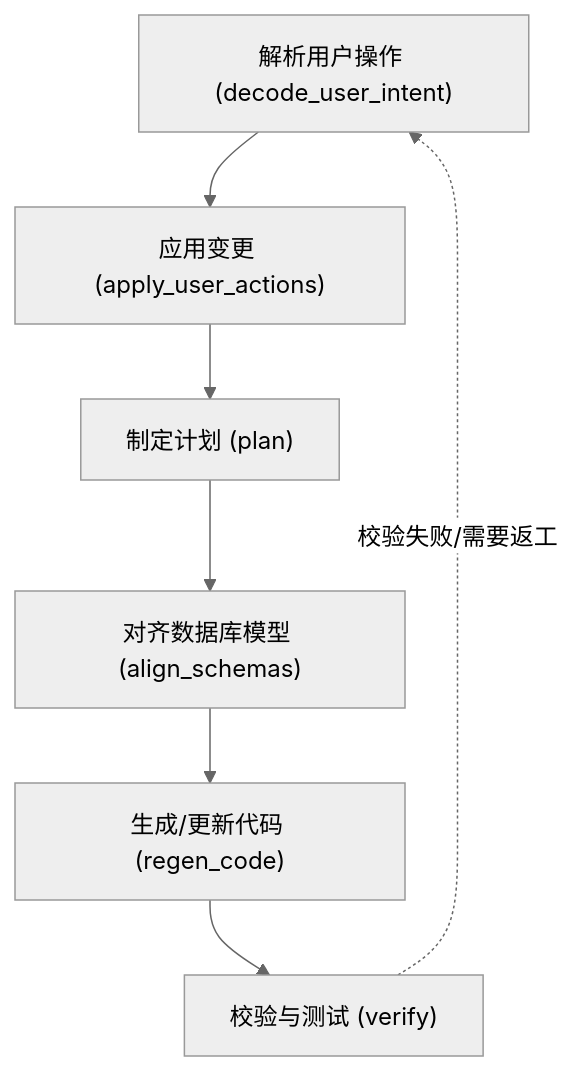
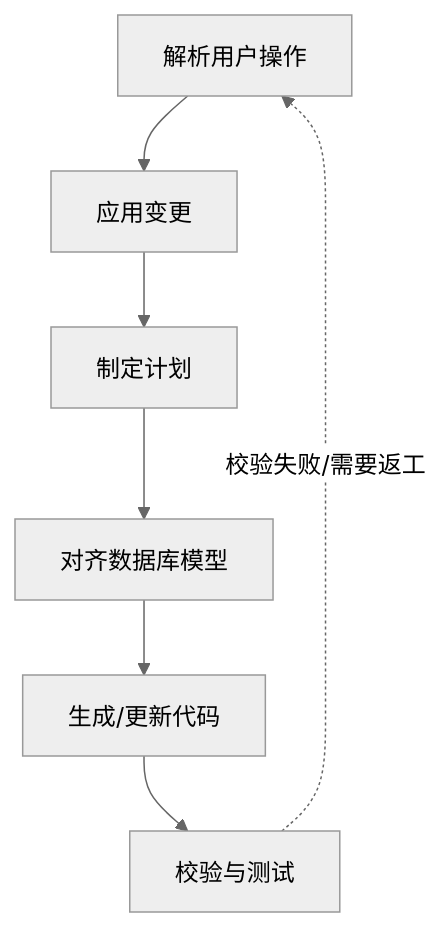
Before and after one commit to BillShiyaoZhang/ambient-agent: the diagram in docs/agent/dag-pipeline.md, drawn with Mermaid (neutral theme). The commit also changed other lines of this file and 10 other files, not shown here.

````diff
--- a/docs/agent/dag-pipeline.md
+++ b/docs/agent/dag-pipeline.md
@@ -11,11 +11,11 @@
 ```mermaid
 graph TD
-    decode["解析用户操作 (decode_user_intent)"] --> apply["应用变更 (apply_user_actions)"]
-    apply --> plan["制定计划 (plan)"]
-    plan --> align["对齐数据库模型 (align_schemas)"]
-    align --> regen["生成/更新代码 (regen_code)"]
-    regen --> verify["校验与测试 (verify)"]
+    decode["解析用户操作"] --> apply["应用变更"]
+    apply --> plan["制定计划"]
+    plan --> align["对齐数据库模型"]
+    align --> regen["生成/更新代码"]
+    regen --> verify["校验与测试"]
 
     %% Invalidation paths
     verify -.->|校验失败/需要返工| decode
 ```
````
